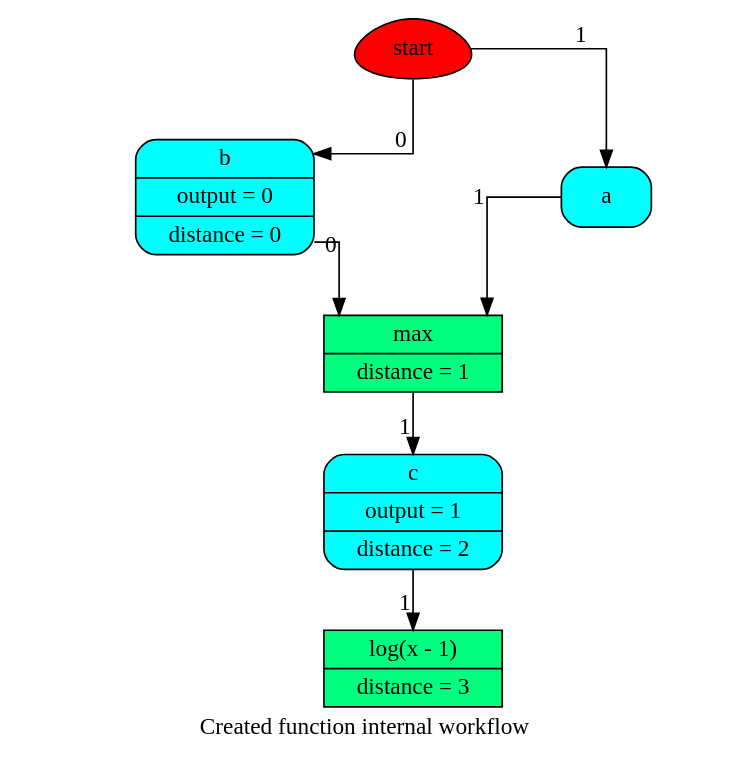
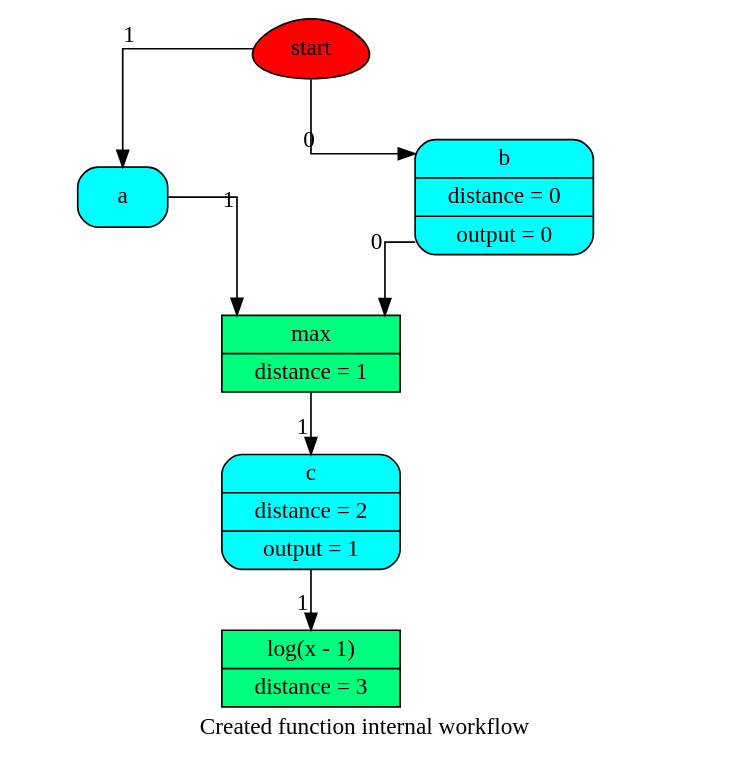
One commit to vinci1it2000/schedula changed the diagram in doc/dispatcher/utils/dsp/SubDispatchFunction_wf2.dot. Above: the diagram before and after it, drawn with Graphviz. The commit also changed 27 other files, not shown here.

```diff
--- a/doc/dispatcher/utils/dsp/SubDispatchFunction_wf2.dot
+++ b/doc/dispatcher/utils/dsp/SubDispatchFunction_wf2.dot
@@ -1,18 +1,18 @@
 digraph "Created function internal" {
 	graph [ratio=1]
 	node [style=filled]
 	label = "Created function internal workflow"
 	splines = ortho
-		"Created function internal_78382088" [label=start fillcolor=red shape=egg]
-		"Created function internal_-6053996528196385240" [label="{ c | output = 1 | distance = 2 }" fillcolor=cyan shape=Mrecord]
-		"Created function internal_-3089772845829853630" [label="{ max | distance = 1 }" fillcolor=springgreen shape=record]
-		"Created function internal_6185816497042703556" [label="{ b | output = 0 | distance = 0 }" fillcolor=cyan shape=Mrecord]
-		"Created function internal_-4083574074198968694" [label="{ log(x - 1) | distance = 3 }" fillcolor=springgreen shape=record]
-		"Created function internal_2203997267912285163" [label="{ a  }" fillcolor=cyan shape=Mrecord]
-			"Created function internal_-6053996528196385240" -> "Created function internal_-4083574074198968694" [xlabel=1]
-			"Created function internal_-3089772845829853630" -> "Created function internal_-6053996528196385240" [xlabel=1]
-			"Created function internal_6185816497042703556" -> "Created function internal_-3089772845829853630" [xlabel=0]
-			"Created function internal_78382088" -> "Created function internal_2203997267912285163" [xlabel=1]
-			"Created function internal_78382088" -> "Created function internal_6185816497042703556" [xlabel=0]
-			"Created function internal_2203997267912285163" -> "Created function internal_-3089772845829853630" [xlabel=1]
+		"Created function internal_4372619576" [label=start fillcolor=red shape=egg]
+		"Created function internal_483858525469303520" [label="{ a  }" fillcolor=cyan shape=Mrecord]
+		"Created function internal_-6394249578868690332" [label="{ max | distance = 1 }" fillcolor=springgreen shape=record]
+		"Created function internal_-8490501165579404505" [label="{ b | distance = 0 | output = 0 }" fillcolor=cyan shape=Mrecord]
+		"Created function internal_2483061293966101162" [label="{ c | distance = 2 | output = 1 }" fillcolor=cyan shape=Mrecord]
+		"Created function internal_-4901894249451426633" [label="{ log(x - 1) | distance = 3 }" fillcolor=springgreen shape=record]
+			"Created function internal_483858525469303520" -> "Created function internal_-6394249578868690332" [xlabel=1]
+			"Created function internal_-6394249578868690332" -> "Created function internal_2483061293966101162" [xlabel=1]
+			"Created function internal_-8490501165579404505" -> "Created function internal_-6394249578868690332" [xlabel=0]
+			"Created function internal_4372619576" -> "Created function internal_483858525469303520" [xlabel=1]
+			"Created function internal_4372619576" -> "Created function internal_-8490501165579404505" [xlabel=0]
+			"Created function internal_2483061293966101162" -> "Created function internal_-4901894249451426633" [xlabel=1]
 }
```
